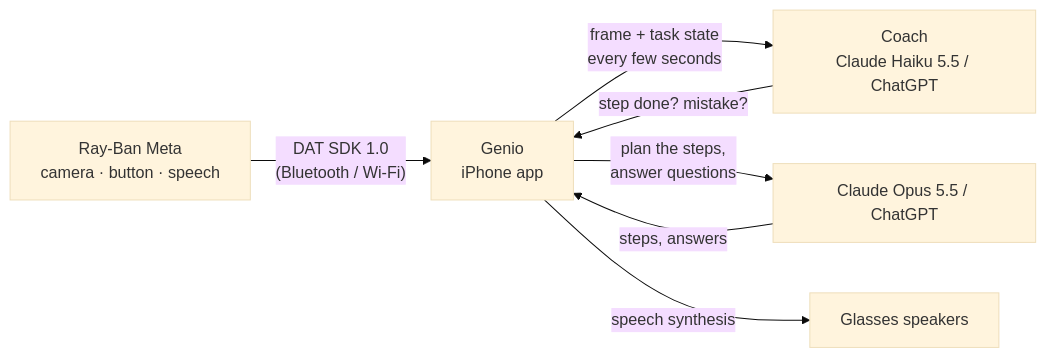
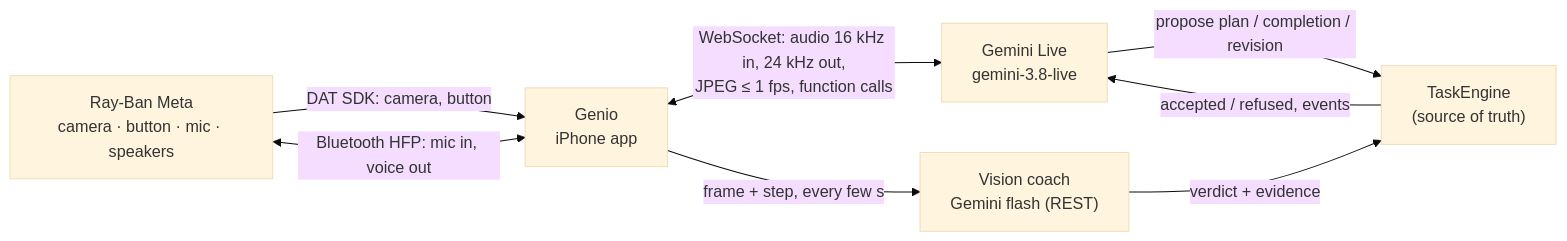
The diagram in README.md (DavideWasTaken/Genio), drawn with Mermaid (base theme) before and after one commit. The commit also changed other lines of this file and 6 other files, not shown here.

````diff
--- a/README.md
+++ b/README.md
@@ -33,9 +33,10 @@
 ```mermaid
 flowchart LR
-  G["Ray-Ban Meta<br/>camera · button · speech"] -- "DAT SDK 1.0<br/>(Bluetooth / Wi-Fi)" --> A["Genio<br/>iPhone app"]
-  A -- "frame + task state<br/>every few seconds" --> C["Coach<br/>Claude Haiku 5.5 / ChatGPT"]
-  A -- "plan the steps,<br/>answer questions" --> M["Claude Opus 5.5 / ChatGPT"]
-  C -- "step done? mistake?" --> A
-  M -- "steps, answers" --> A
-  A -- "speech synthesis" --> E["Glasses speakers"]
+  G["Ray-Ban Meta<br/>camera · button · mic · speakers"] -- "DAT SDK: camera, button" --> A["Genio<br/>iPhone app"]
+  G <-- "Bluetooth HFP: mic in, voice out" --> A
+  A <-- "WebSocket: audio 16 kHz in, 24 kHz out,<br/>JPEG ≤ 1 fps, function calls" --> L["Gemini Live<br/>gemini-3.8-live"]
+  A -- "frame + step, every few s" --> C["Vision coach<br/>Gemini flash (REST)"]
+  L -- "propose plan / completion / revision" --> T["TaskEngine<br/>(source of truth)"]
+  C -- "verdict + evidence" --> T
+  T -- "accepted / refused, events" --> L
 ```
````
